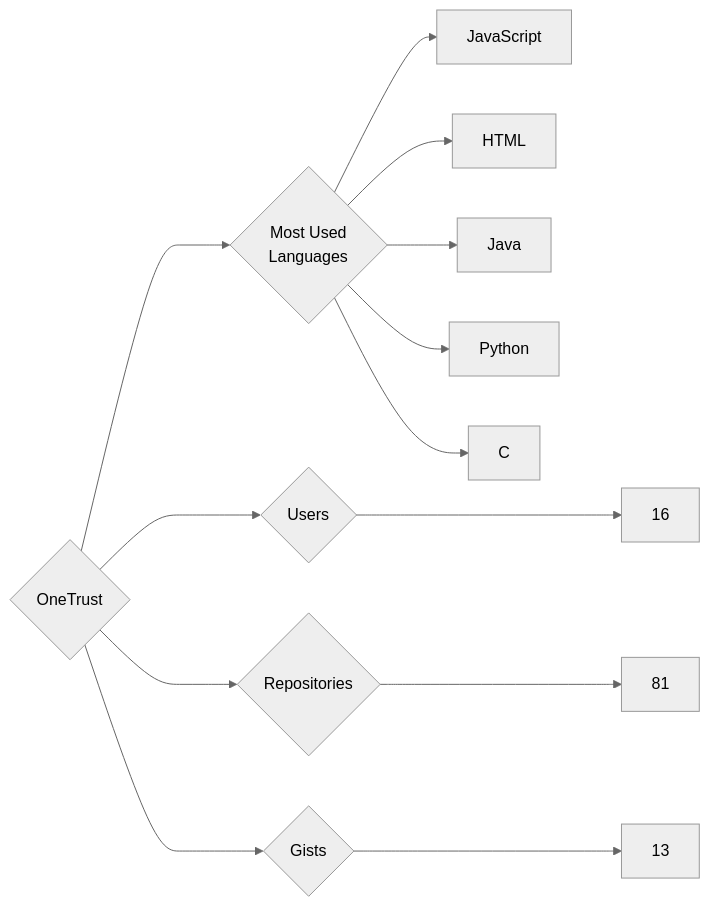
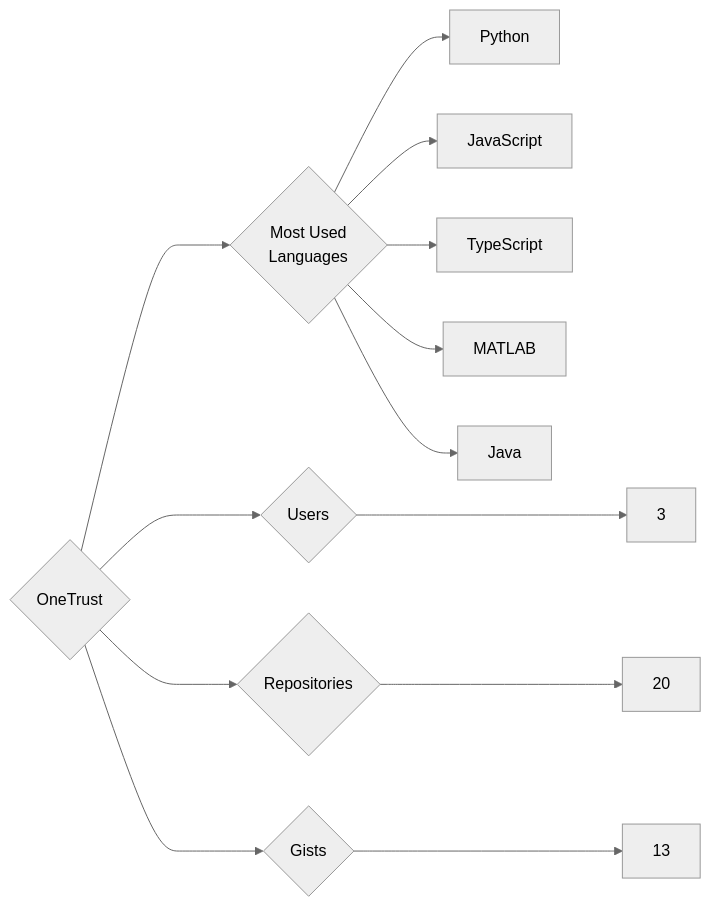
One commit to trickest/insiders changed the diagram in targets/OneTrust/README.md. Above: the diagram before and after it, drawn with Mermaid (neutral theme). The commit also changed 806 other files, not shown here.

````diff
--- a/targets/OneTrust/README.md
+++ b/targets/OneTrust/README.md
@@ -3,13 +3,13 @@
 ```mermaid
 graph LR
 COMPANY_NAME{OneTrust}
-COMPANY_NAME ---> U{Users} ---> UN[16]
-COMPANY_NAME ---> R{Repositories} ---> RN[81]
+COMPANY_NAME ---> U{Users} ---> UN[3]
+COMPANY_NAME ---> R{Repositories} ---> RN[20]
 COMPANY_NAME ---> G{Gists} ---> GN[13]
 COMPANY_NAME ---> ML{Most Used<br>Languages}
+ML --> Python[Python]
 ML --> JavaScript[JavaScript]
-ML --> HTML[HTML]
+ML --> TypeScript[TypeScript]
+ML --> MATLAB[MATLAB]
 ML --> Java[Java]
-ML --> Python[Python]
-ML --> C[C]
 ```
````
